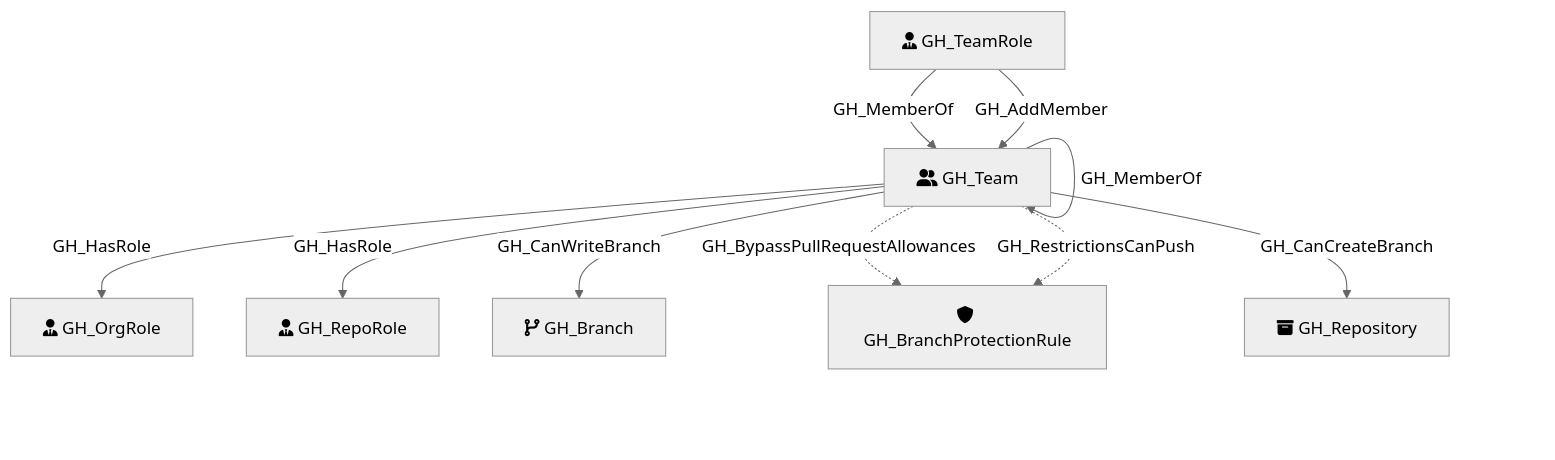
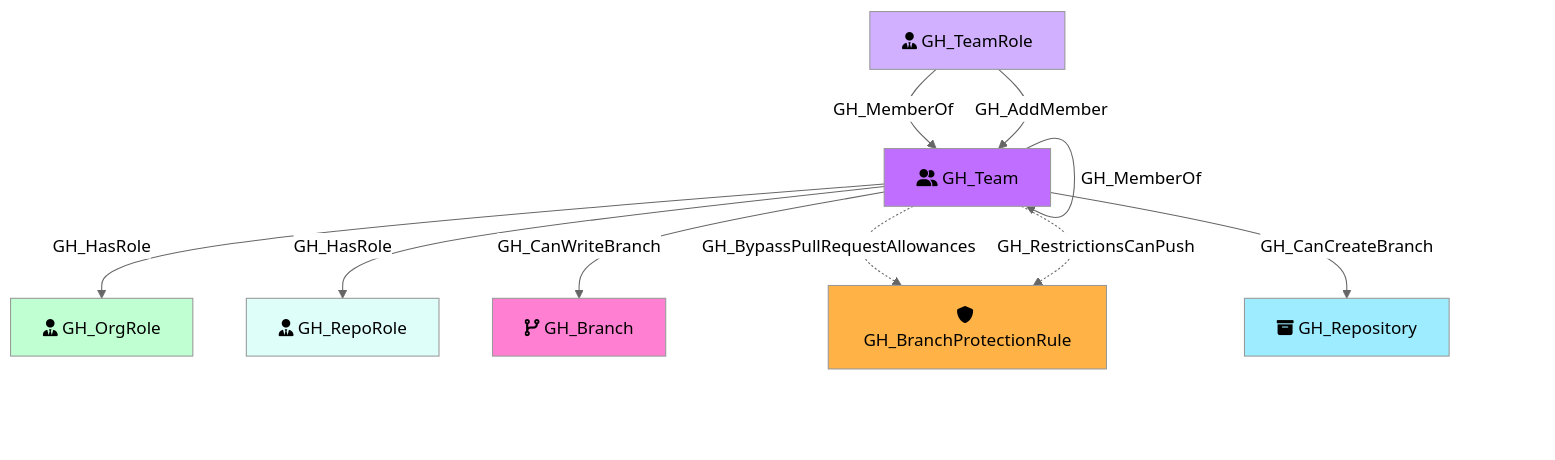
The diagram in docs/opengraph/extensions/githound/reference/nodes/gh_team.mdx (SpecterOps/bloodhound-docs), drawn with Mermaid (neutral theme) before and after one commit. The commit also changed other lines of this file and 52 other files, not shown here.

````diff
--- a/docs/opengraph/extensions/githound/reference/nodes/gh_team.mdx
+++ b/docs/opengraph/extensions/githound/reference/nodes/gh_team.mdx
@@ -55,21 +76,28 @@
 ```mermaid
 flowchart TD
     GH_Team[fa:fa-user-group GH_Team]
     GH_OrgRole[fa:fa-user-tie GH_OrgRole]
     GH_RepoRole[fa:fa-user-tie GH_RepoRole]
     GH_TeamRole[fa:fa-user-tie GH_TeamRole]
     GH_Branch[fa:fa-code-branch GH_Branch]
     GH_BranchProtectionRule[fa:fa-shield GH_BranchProtectionRule]
     GH_Repository[fa:fa-box-archive GH_Repository]
 
+    style GH_Team fill:#C06EFF
+    style GH_OrgRole fill:#BFFFD1
+    style GH_RepoRole fill:#DEFEFA
+    style GH_TeamRole fill:#D0B0FF
+    style GH_Branch fill:#FF80D2
+    style GH_BranchProtectionRule fill:#FFB347
+    style GH_Repository fill:#9EECFF
 
     GH_Team -->|GH_MemberOf| GH_Team
     GH_Team -->|GH_HasRole| GH_OrgRole
     GH_Team -->|GH_HasRole| GH_RepoRole
     GH_Team -.->|GH_BypassPullRequestAllowances| GH_BranchProtectionRule
     GH_Team -.->|GH_RestrictionsCanPush| GH_BranchProtectionRule
     GH_Team -->|GH_CanWriteBranch| GH_Branch
     GH_Team -->|GH_CanCreateBranch| GH_Repository
     GH_TeamRole -->|GH_MemberOf| GH_Team
     GH_TeamRole -->|GH_AddMember| GH_Team
 ```
````
